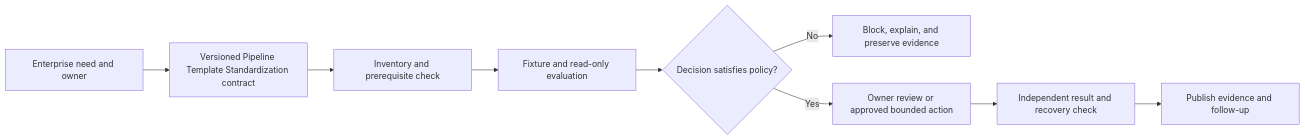
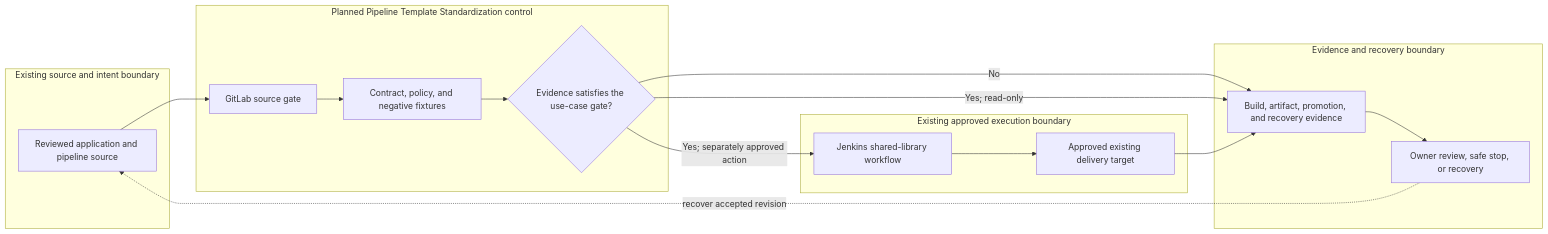
Before and after one commit to MIDHTECH/enterprise-architecture-docs: the diagram in docs/use-cases/devsecops/UC-CICD-009-pipeline-template-standardization.md, drawn with Mermaid. The commit also changed other lines of this file and 227 other files, not shown here.

Commit message:
Deepen architecture for all use case designs

````diff
--- a/docs/use-cases/devsecops/UC-CICD-009-pipeline-template-standardization.md
+++ b/docs/use-cases/devsecops/UC-CICD-009-pipeline-template-standardization.md
@@ -136,11 +129,25 @@
 ```mermaid
 flowchart LR
-    Need["Enterprise need and owner"] --> Contract["Versioned Pipeline Template Standardization contract"]
-    Contract --> Preflight["Inventory and prerequisite check"]
-    Preflight --> Evaluate["Fixture and read-only evaluation"]
-    Evaluate --> Decision{"Decision satisfies policy?"}
-    Decision -->|No| Stop["Block, explain, and preserve evidence"]
-    Decision -->|Yes| Review["Owner review or approved bounded action"]
-    Review --> Verify["Independent result and recovery check"]
-    Verify --> Publish["Publish evidence and follow-up"]
+    subgraph Source["Existing source and intent boundary"]
+        A["Reviewed application and pipeline source"]
+    end
+    subgraph Planned["Planned Pipeline Template Standardization control"]
+        B["GitLab source gate"]
+        C["Contract, policy, and negative fixtures"]
+        D{"Evidence satisfies the use-case gate?"}
+    end
+    subgraph Runtime["Existing approved execution boundary"]
+        E["Jenkins shared-library workflow"]
+        F["Approved existing delivery target"]
+    end
+    subgraph Assurance["Evidence and recovery boundary"]
+        G["Build, artifact, promotion, and recovery evidence"]
+        H["Owner review, safe stop, or recovery"]
+    end
+
+    A --> B --> C --> D
+    D -->|No| G --> H
+    D -->|Yes; read-only| G
+    D -->|Yes; separately approved action| E --> F --> G
+    H -. recover accepted revision .-> A
 ```
````
